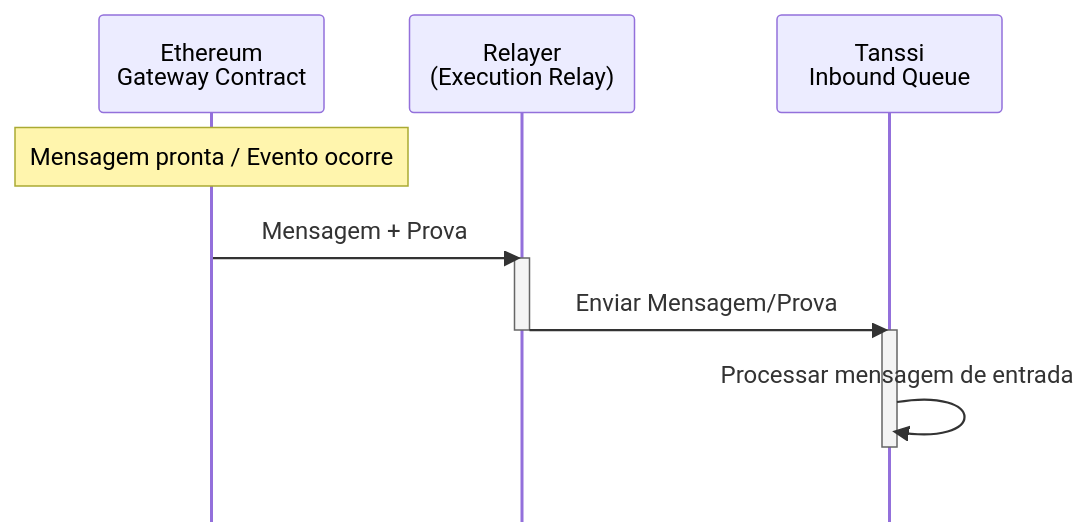
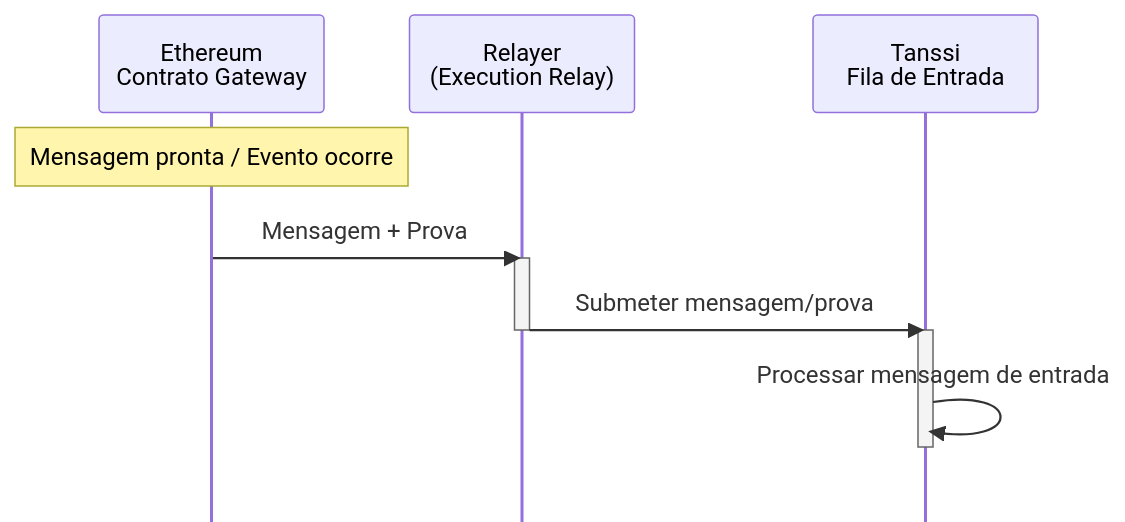
Before and after one commit to moondance-labs/tanssi-docs: the third of 7 diagrams in pt/learn/tanssi/tanssi-ethereum-bridge.md, drawn with Mermaid. The commit also changed other lines of this file and 91 other files, not shown here.

````diff
--- a/pt/learn/tanssi/tanssi-ethereum-bridge.md
+++ b/pt/learn/tanssi/tanssi-ethereum-bridge.md
@@ -91,17 +92,17 @@
 ```mermaid
 sequenceDiagram
     %%{init: {'sequence': {'mirrorActors': false}}}%%
-    participant Eth_Gateway as Ethereum <br/> Gateway Contract
+    participant Eth_Gateway as Ethereum <br/> Contrato Gateway
     participant Exec_Relay as Relayer <br/> (Execution Relay)
-    participant Tanssi_InQueue as Tanssi <br/> Inbound Queue
+    participant Tanssi_InQueue as Tanssi <br/> Fila de Entrada
 
     Note over Eth_Gateway: Mensagem pronta / Evento ocorre
     Eth_Gateway->>Exec_Relay: Mensagem + Prova
     activate Exec_Relay
-    Exec_Relay->>Tanssi_InQueue: Enviar Mensagem/Prova
+    Exec_Relay->>Tanssi_InQueue: Submeter mensagem/prova
     deactivate Exec_Relay
 
     activate Tanssi_InQueue
     Tanssi_InQueue->>Tanssi_InQueue: Processar mensagem de entrada
     deactivate Tanssi_InQueue
 ```
````
